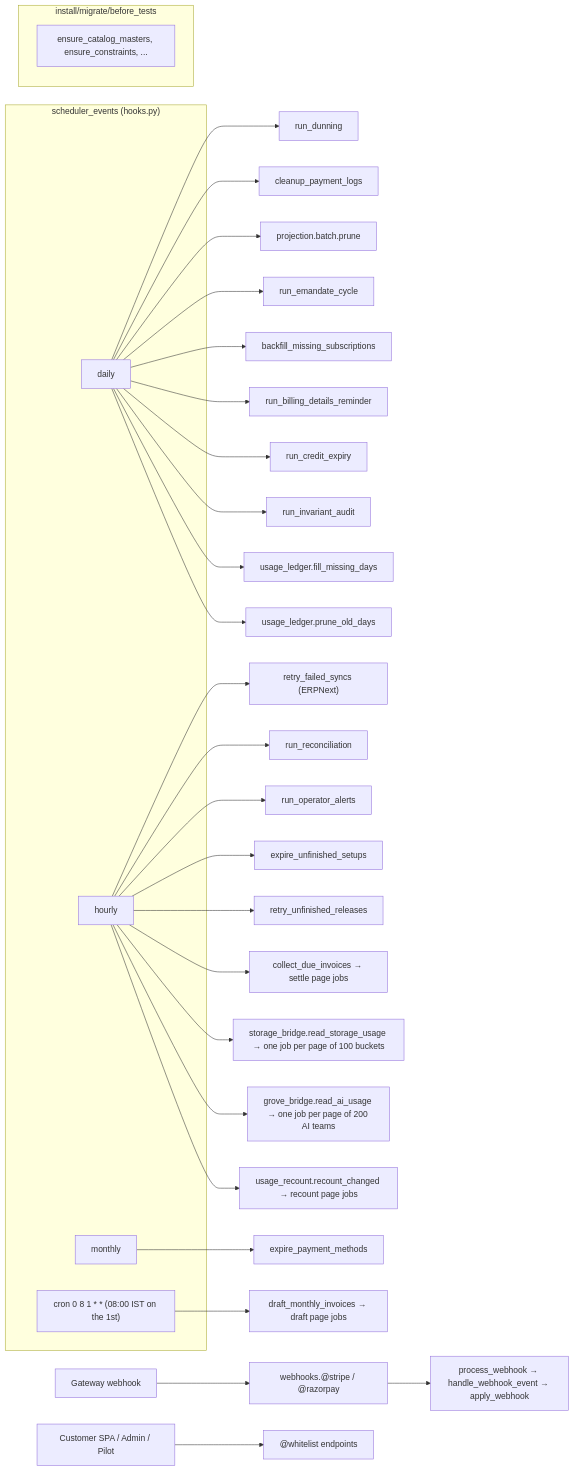
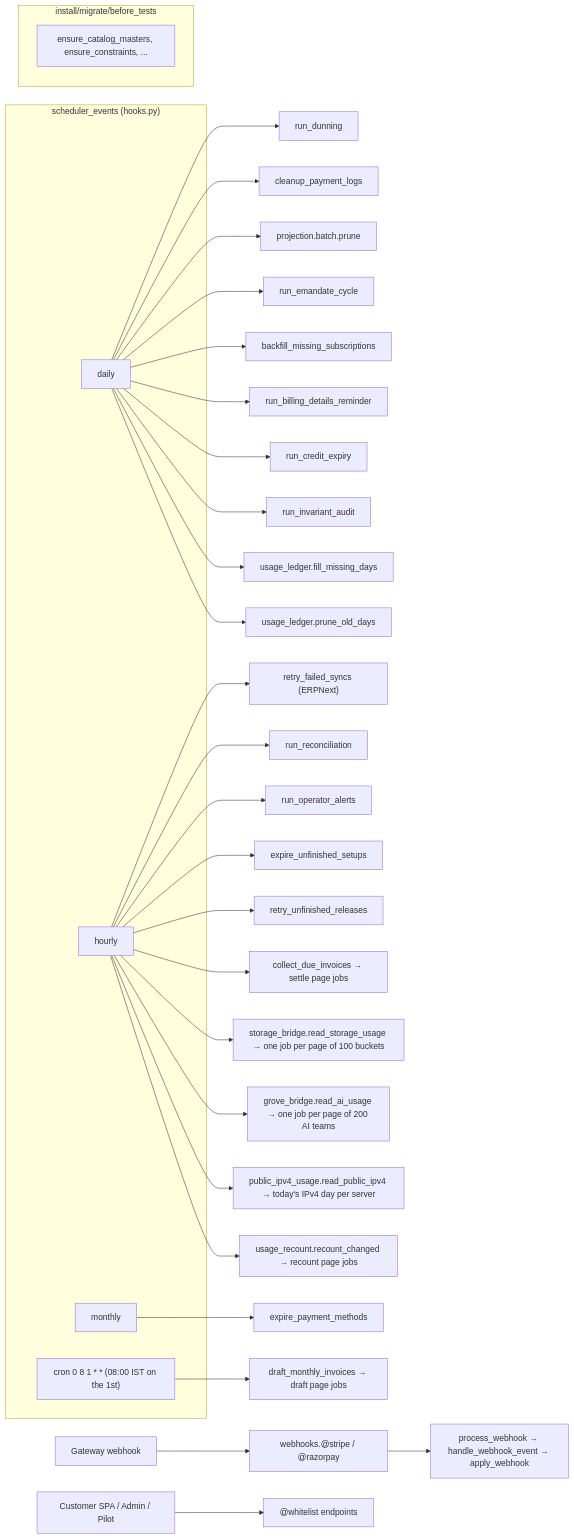
Before and after one commit to frappe/central: the third of 8 diagrams in central/billing/ARCHITECTURE.md, drawn with Mermaid. The commit also changed other lines of this file and 1 other file, not shown here.

Commit message:
docs(billing): describe public ipv4 billed per day

````diff
--- a/central/billing/ARCHITECTURE.md
+++ b/central/billing/ARCHITECTURE.md
@@ -218,38 +218,39 @@
 ```mermaid
 flowchart LR
     subgraph SCHED["scheduler_events (hooks.py)"]
         D1["daily"]
         H1["hourly"]
         M1["monthly"]
         C1["cron 0 8 1 * * (08:00 IST on the 1st)"]
     end
     D1 --> RD["run_dunning"]
     D1 --> CP["cleanup_payment_logs"]
     D1 --> PR["projection.batch.prune"]
     D1 --> EM["run_emandate_cycle"]
     D1 --> BF["backfill_missing_subscriptions"]
     D1 --> BR["run_billing_details_reminder"]
     D1 --> CE["run_credit_expiry"]
     D1 --> IA["run_invariant_audit"]
     D1 --> FMD["usage_ledger.fill_missing_days"]
     D1 --> POD["usage_ledger.prune_old_days"]
     H1 --> RF["retry_failed_syncs (ERPNext)"]
     H1 --> RR["run_reconciliation"]
     H1 --> OA["run_operator_alerts"]
     H1 --> SE["expire_unfinished_setups"]
     H1 --> SR["retry_unfinished_releases"]
     C1 --> DMI["draft_monthly_invoices → draft page jobs"]
     M1 --> EX["expire_payment_methods"]
     H1 --> CDI["collect_due_invoices → settle page jobs"]
     H1 --> RSU["storage_bridge.read_storage_usage → one job per page of 100 buckets"]
     H1 --> RAI["grove_bridge.read_ai_usage → one job per page of 200 AI teams"]
+    H1 --> RIP["public_ipv4_usage.read_public_ipv4 → today's IPv4 day per server"]
     H1 --> RCC["usage_recount.recount_changed → recount page jobs"]
 
     subgraph INSTALL["install/migrate/before_tests"]
         ECM["ensure_catalog_masters, ensure_constraints, ..."]
     end
 
     EXT["Gateway webhook"] --> WH["webhooks.@stripe / @razorpay"]
     WH --> PW["process_webhook → handle_webhook_event → apply_webhook"]
     UI["Customer SPA / Admin / Pilot"] --> API["@whitelist endpoints"]
 ```
````
